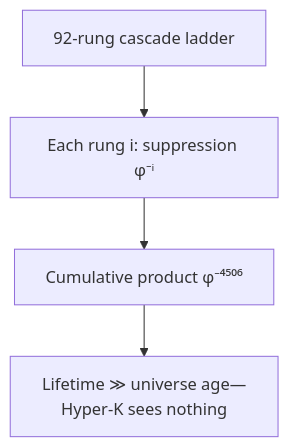
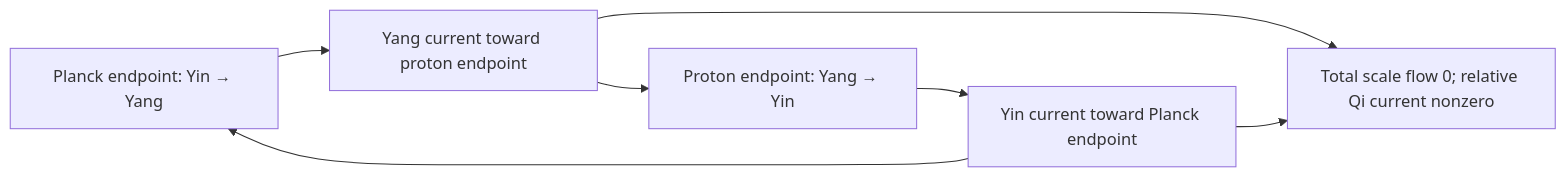
Diagram 18 of 37 in CassiTheory/open-questions-cassi-answers.md (CassiTheOracle/cassi), drawn with Mermaid before and after one commit. The commit also changed other lines of this file and 27 other files, not shown here.

Commit message:
docs: derive Planck proton scale circuit

````diff
--- a/CassiTheory/open-questions-cassi-answers.md
+++ b/CassiTheory/open-questions-cassi-answers.md
@@ -761,6 +761,9 @@
 ```mermaid
-flowchart TD
-    A[92-rung cascade ladder] --> B[Each rung i: suppression φ⁻ⁱ]
-    B --> C[Cumulative product φ⁻⁴⁵⁰⁶]
-    C --> D[Lifetime ≫ universe age—Hyper-K sees nothing]
+flowchart LR
+    A[Planck endpoint: Yin → Yang] --> B[Yang current toward proton endpoint]
+    B --> C[Proton endpoint: Yang → Yin]
+    C --> D[Yin current toward Planck endpoint]
+    D --> A
+    B --> E[Total scale flow 0; relative Qi current nonzero]
+    D --> E
 ```
````
